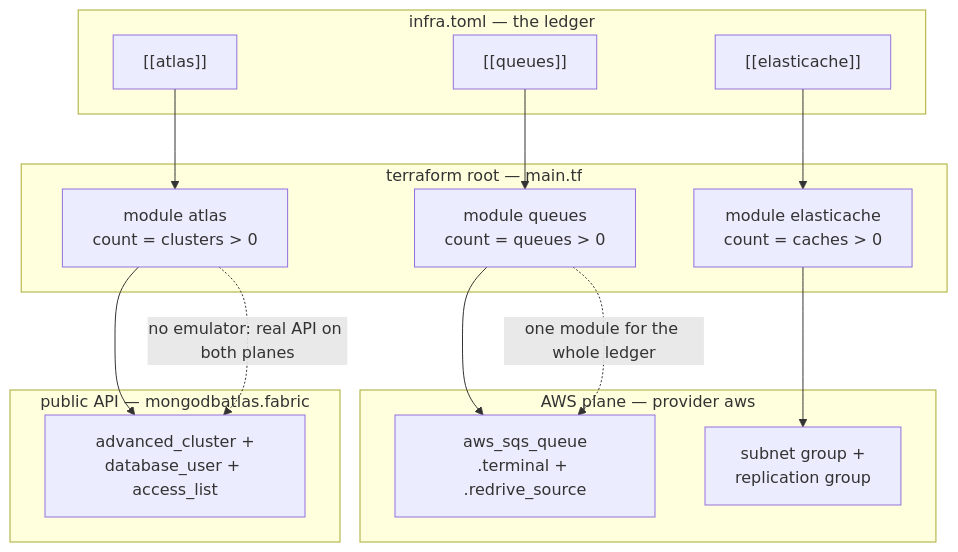
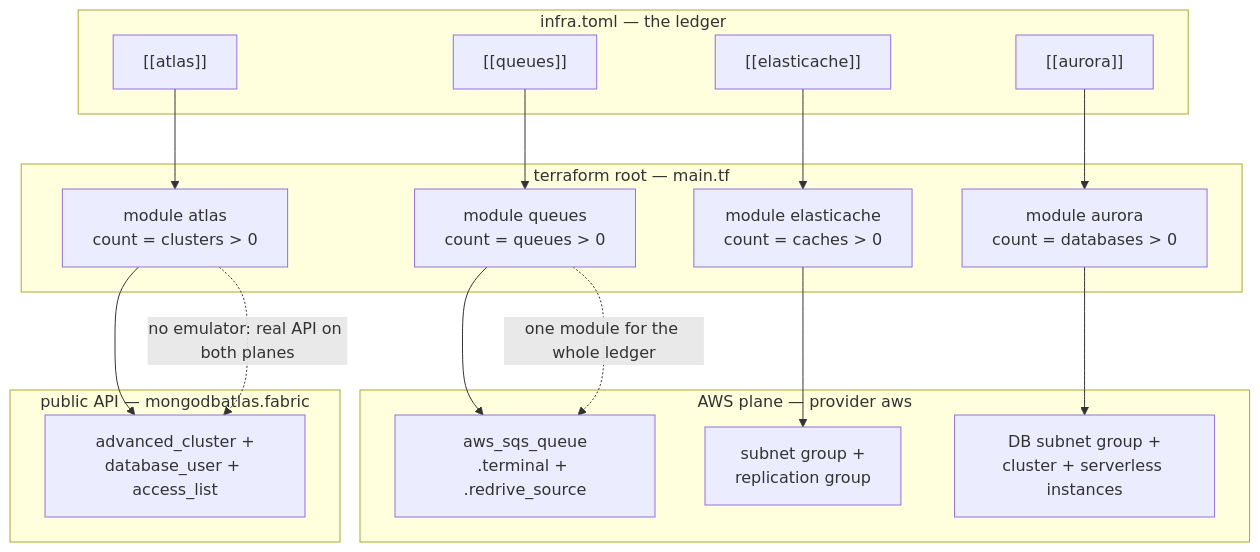
One commit to kunalPisolkar24/detectAI changed the first of 3 diagrams in infra/docs/concepts/architecture.md. Above: the diagram before and after it, drawn with Mermaid. The commit also changed other lines of this file and 23 other files, not shown here.

Commit message:
Add Aurora PostgreSQL Serverless v2 fabric to shared infra

````diff
--- a/infra/docs/concepts/architecture.md
+++ b/infra/docs/concepts/architecture.md
@@ -11,29 +11,33 @@
 ```mermaid
 graph TB
     subgraph DECL["infra.toml — the ledger"]
         Q["[[queues]]"]
         C["[[elasticache]]"]
         A["[[atlas]]"]
+        D["[[aurora]]"]
     end
 
     subgraph ROOT["terraform root — main.tf"]
         MQ["module queues<br/>count = queues > 0"]
         MC["module elasticache<br/>count = caches > 0"]
         MA["module atlas<br/>count = clusters > 0"]
+        MD["module aurora<br/>count = databases > 0"]
     end
 
     subgraph AWS["AWS plane — provider aws"]
         SQS["aws_sqs_queue<br/>.terminal + .redrive_source"]
         Redis["subnet group +<br/>replication group"]
+        Aurora["DB subnet group +<br/>cluster + serverless instances"]
     end
 
     subgraph PUBLIC["public API — mongodbatlas.fabric"]
         Atlas["advanced_cluster +<br/>database_user + access_list"]
     end
 
     Q --> MQ --> SQS
     C --> MC --> Redis
+    D --> MD --> Aurora
     A --> MA --> Atlas
     MQ -.->|"one module for the whole ledger"| SQS
     MA -.->|"no emulator: real API on both planes"| Atlas
 ```
````
